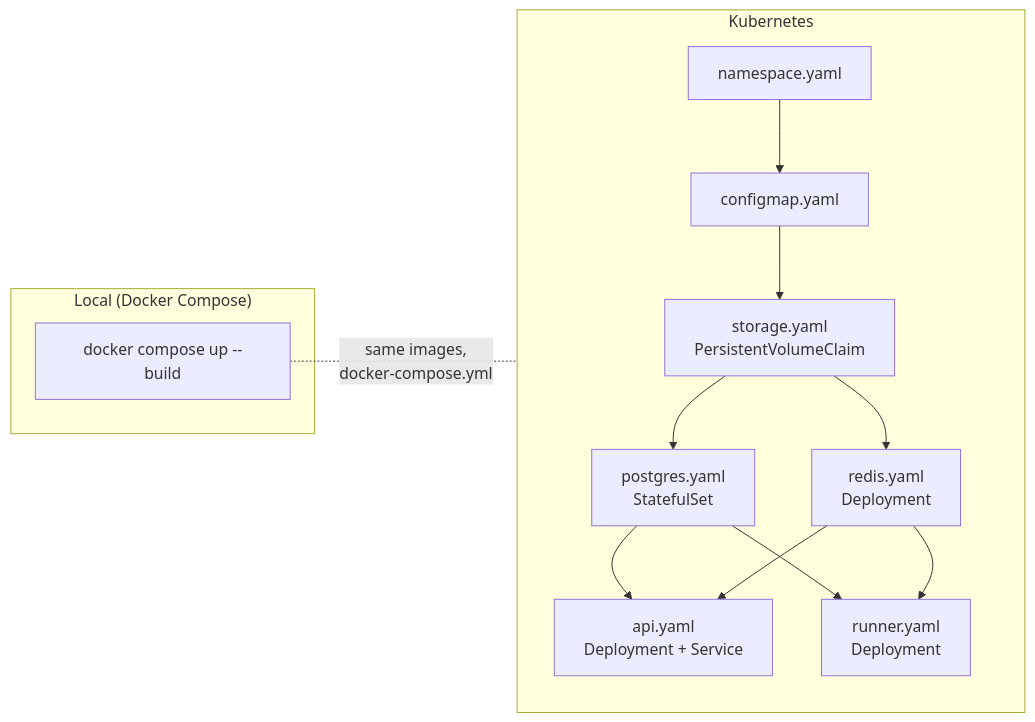
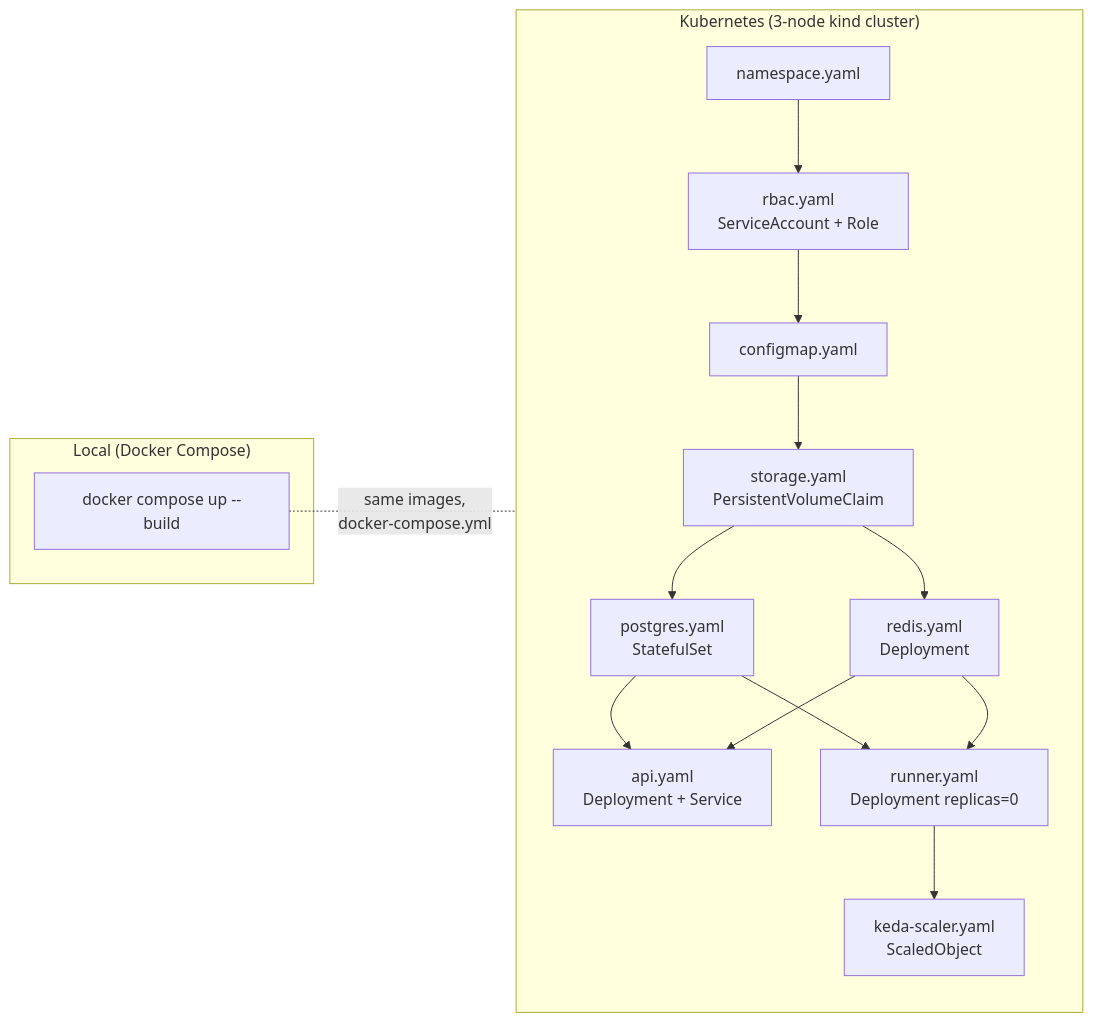
Before and after one commit to jcopperman/smokestack: the second of 2 diagrams in README.md, drawn with Mermaid. The commit also changed other lines of this file and 9 other files, not shown here.

Commit message:
feat: implement KEDA autoscaling for runner and add live runner status to dashboard

````diff
--- a/README.md
+++ b/README.md
@@ -285,22 +315,25 @@
 ```mermaid
 flowchart LR
     subgraph Local ["Local (Docker Compose)"]
         DC[docker compose up --build]
     end
 
-    subgraph K8s ["Kubernetes"]
+    subgraph K8s ["Kubernetes (3-node kind cluster)"]
         NS[namespace.yaml]
+        RBAC[rbac.yaml\nServiceAccount + Role]
         CM[configmap.yaml]
         ST[storage.yaml\nPersistentVolumeClaim]
         PGK[postgres.yaml\nStatefulSet]
         RDK[redis.yaml\nDeployment]
         APIK[api.yaml\nDeployment + Service]
-        RNK[runner.yaml\nDeployment]
+        RNK[runner.yaml\nDeployment replicas=0]
+        KEDA[keda-scaler.yaml\nScaledObject]
 
-        NS --> CM --> ST
+        NS --> RBAC --> CM --> ST
         ST --> PGK & RDK
         PGK & RDK --> APIK & RNK
+        RNK --> KEDA
     end
 
     DC -. "same images,\ndocker-compose.yml" .- K8s
 ```
````
